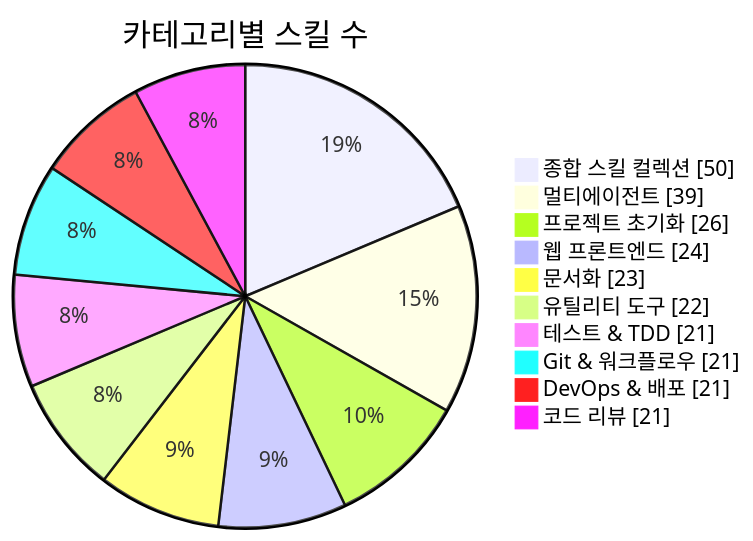
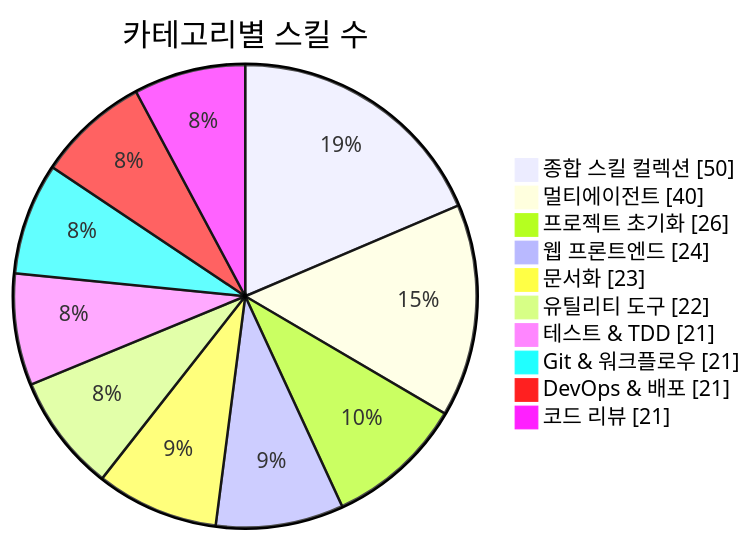
Before and after one commit to J-nowcow/awesome-korean-agent-skills: the first of 3 diagrams in README.md, drawn with Mermaid. The commit also changed other lines of this file and 4 other files, not shown here.

````diff
--- a/README.md
+++ b/README.md
@@ -176,14 +176,14 @@
 ```mermaid
 pie showData
     title 카테고리별 스킬 수
     "종합 스킬 컬렉션" : 50
-    "멀티에이전트" : 39
+    "멀티에이전트" : 40
     "프로젝트 초기화" : 26
     "웹 프론트엔드" : 24
     "문서화" : 23
     "유틸리티 도구" : 22
     "테스트 & TDD" : 21
     "Git & 워크플로우" : 21
     "DevOps & 배포" : 21
     "코드 리뷰" : 21
 ```
````
